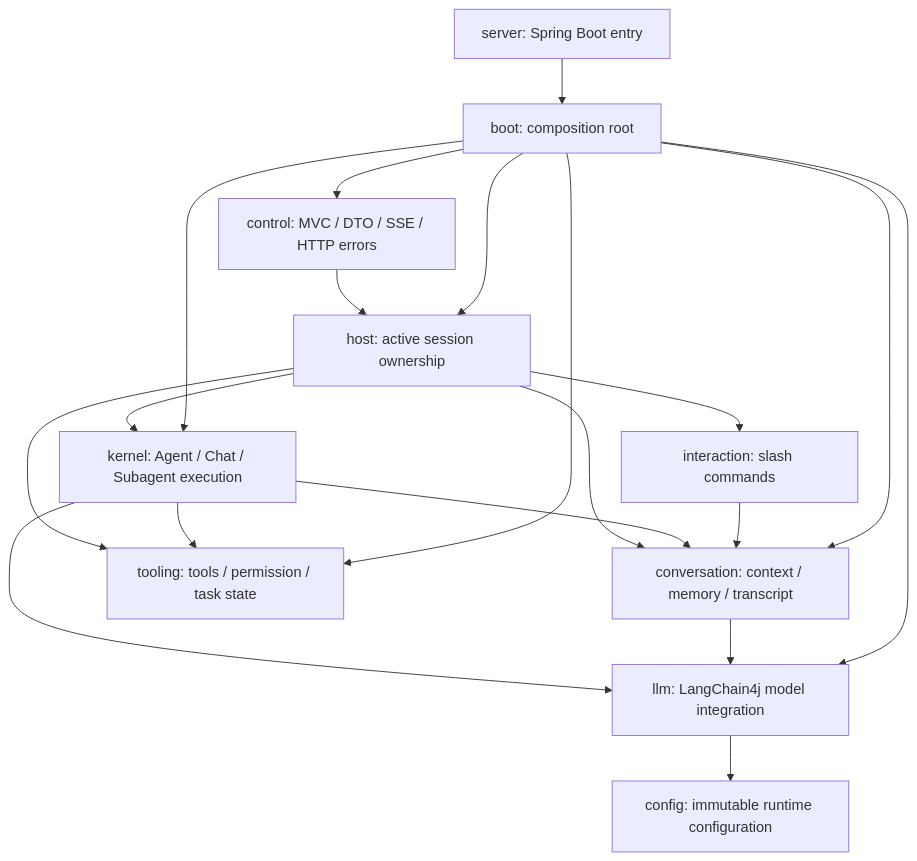
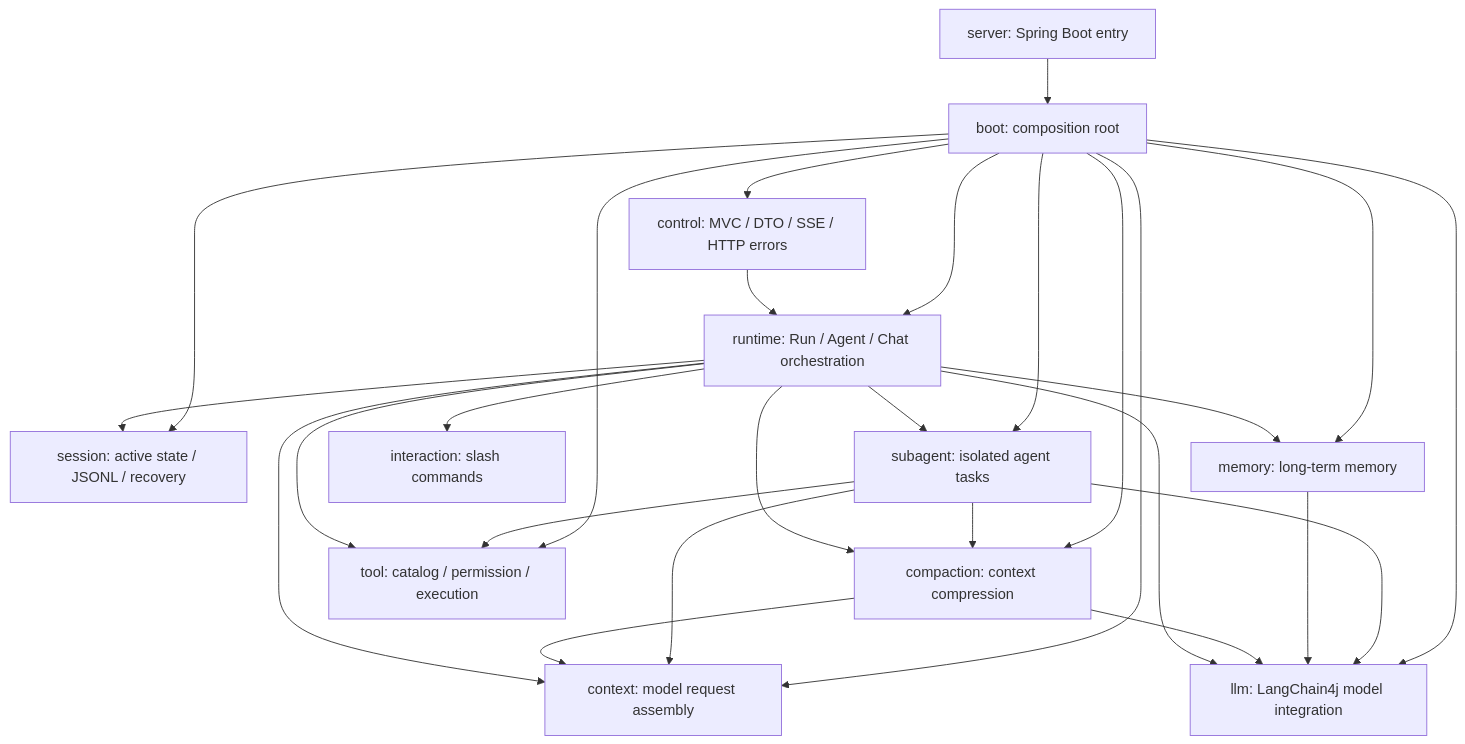
One commit to codingayice/my-claude-code changed the diagram in docs/veyra-architecture-development-guidelines.md. Above: the diagram before and after it, drawn with Mermaid. The commit also changed other lines of this file and 411 other files, not shown here.

````diff
--- a/docs/veyra-architecture-development-guidelines.md
+++ b/docs/veyra-architecture-development-guidelines.md
@@ -18,21 +18,29 @@
 ```mermaid
 graph TD
   Server["server: Spring Boot entry"] --> Boot["boot: composition root"]
-  Control["control: MVC / DTO / SSE / HTTP errors"] --> Host["host: active session ownership"]
-  Host --> Kernel["kernel: Agent / Chat / Subagent execution"]
-  Host --> Conversation["conversation: context / memory / transcript"]
-  Host --> Tooling["tooling: tools / permission / task state"]
-  Host --> Interaction["interaction: slash commands"]
-  Kernel --> Conversation
-  Kernel --> Tooling
-  Kernel --> LLM["llm: LangChain4j model integration"]
-  Conversation --> LLM
-  Interaction --> Conversation
-  LLM --> Config["config: immutable runtime configuration"]
+  Control["control: MVC / DTO / SSE / HTTP errors"] --> Runtime["runtime: Run / Agent / Chat orchestration"]
+  Runtime --> Session["session: active state / JSONL / recovery"]
+  Runtime --> Context["context: model request assembly"]
+  Runtime --> Compaction["compaction: context compression"]
+  Runtime --> Memory["memory: long-term memory"]
+  Runtime --> Tool["tool: catalog / permission / execution"]
+  Runtime --> Subagent["subagent: isolated agent tasks"]
+  Runtime --> Interaction["interaction: slash commands"]
+  Runtime --> LLM["llm: LangChain4j model integration"]
+  Compaction --> Context
+  Compaction --> LLM
+  Memory --> LLM
+  Subagent --> Context
+  Subagent --> Compaction
+  Subagent --> Tool
+  Subagent --> LLM
   Boot --> Control
-  Boot --> Host
-  Boot --> Kernel
-  Boot --> Conversation
-  Boot --> Tooling
+  Boot --> Runtime
+  Boot --> Session
+  Boot --> Context
+  Boot --> Compaction
+  Boot --> Memory
+  Boot --> Tool
+  Boot --> Subagent
   Boot --> LLM
 ```
````
